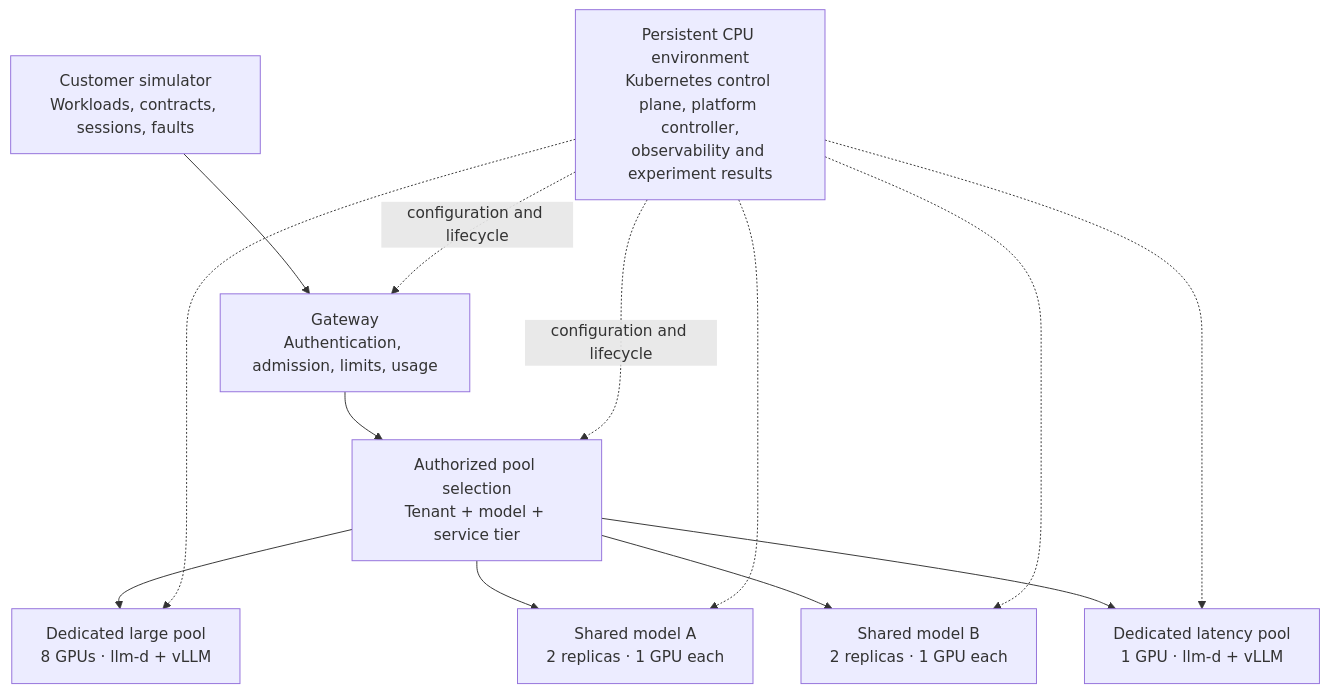
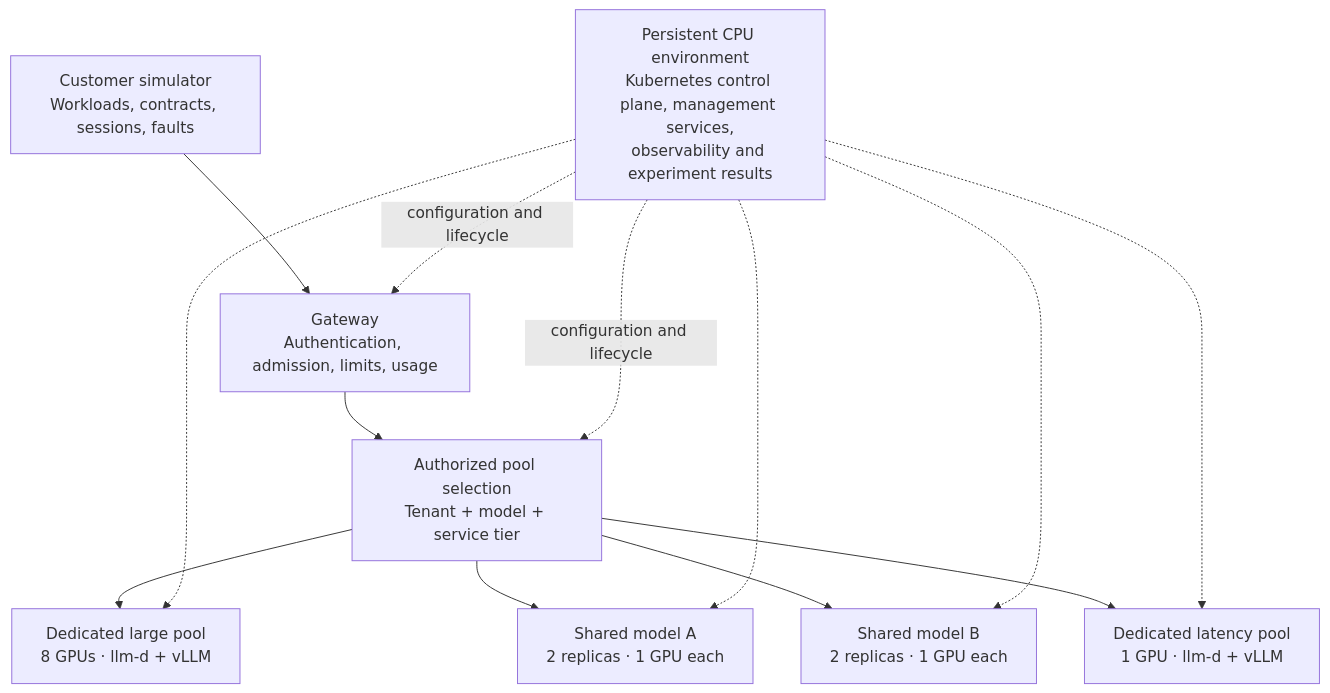
Before and after one commit to Ayobami-00/kubernetes-llm-inference-platform: the diagram in README.md, drawn with Mermaid. The commit also changed other lines of this file and 72 other files, not shown here.

````diff
--- a/README.md
+++ b/README.md
@@ -9,21 +9,21 @@
 ```mermaid
 flowchart TB
     C["Customer simulator<br/>Workloads, contracts, sessions, faults"]
     G["Gateway<br/>Authentication, admission, limits, usage"]
     R["Authorized pool selection<br/>Tenant + model + service tier"]
 
     C --> G --> R
 
     R --> L["Dedicated large pool<br/>8 GPUs · llm-d + vLLM"]
     R --> A["Shared model A<br/>2 replicas · 1 GPU each"]
     R --> B["Shared model B<br/>2 replicas · 1 GPU each"]
     R --> S["Dedicated latency pool<br/>1 GPU · llm-d + vLLM"]
 
-    P["Persistent CPU environment<br/>Kubernetes control plane, platform controller,<br/>observability and experiment results"]
+    P["Persistent CPU environment<br/>Kubernetes control plane, management services,<br/>observability and experiment results"]
     P -. configuration and lifecycle .-> G
     P -. configuration and lifecycle .-> R
     P -.-> L
     P -.-> A
     P -.-> B
     P -.-> S
 ```
````
